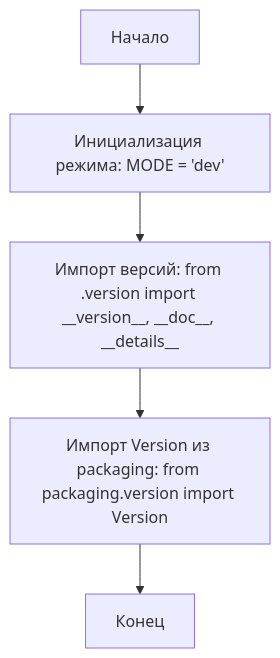
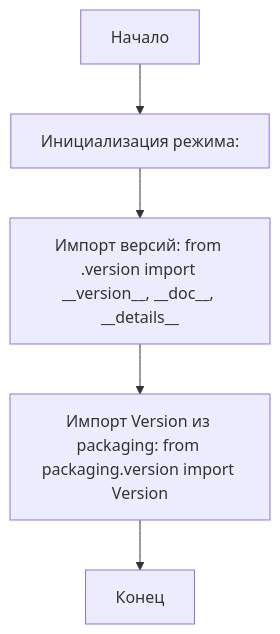
One commit to hypo69/hypo changed the first of 2 diagrams in docs/gemini/ru/explainer/src/webdriver/edge/_examples/__init__.py.md. Above: the diagram before and after it, drawn with Mermaid. The commit also changed other lines of this file and 6031 other files, not shown here.

````diff
--- a/docs/gemini/ru/explainer/src/webdriver/edge/_examples/__init__.py.md
+++ b/docs/gemini/ru/explainer/src/webdriver/edge/_examples/__init__.py.md
@@ -7,7 +7,7 @@
 ```mermaid
 flowchart TD
-    Start[Начало] --> InitializeMode[Инициализация режима: MODE = 'dev'];
+    Start[Начало] --> InitializeMode[Инициализация режима: ];
     InitializeMode --> ImportVersion[Импорт версий: from .version import __version__, __doc__, __details__];
     ImportVersion --> ImportPackagingVersion[Импорт Version из packaging: from packaging.version import Version];
     ImportPackagingVersion --> End[Конец];
 ```
````
